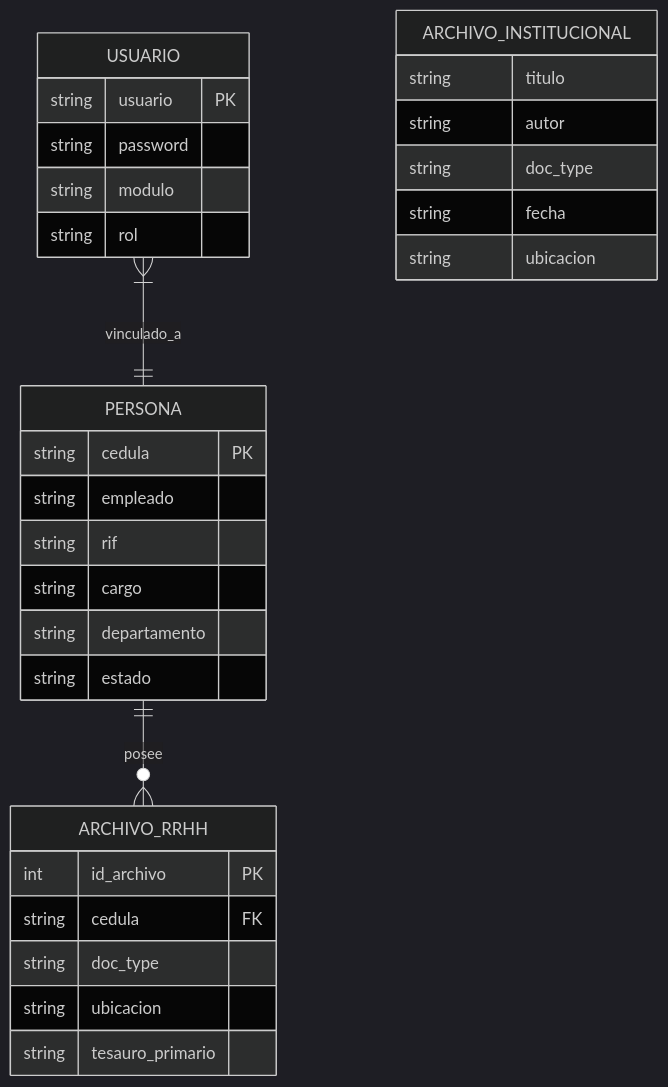
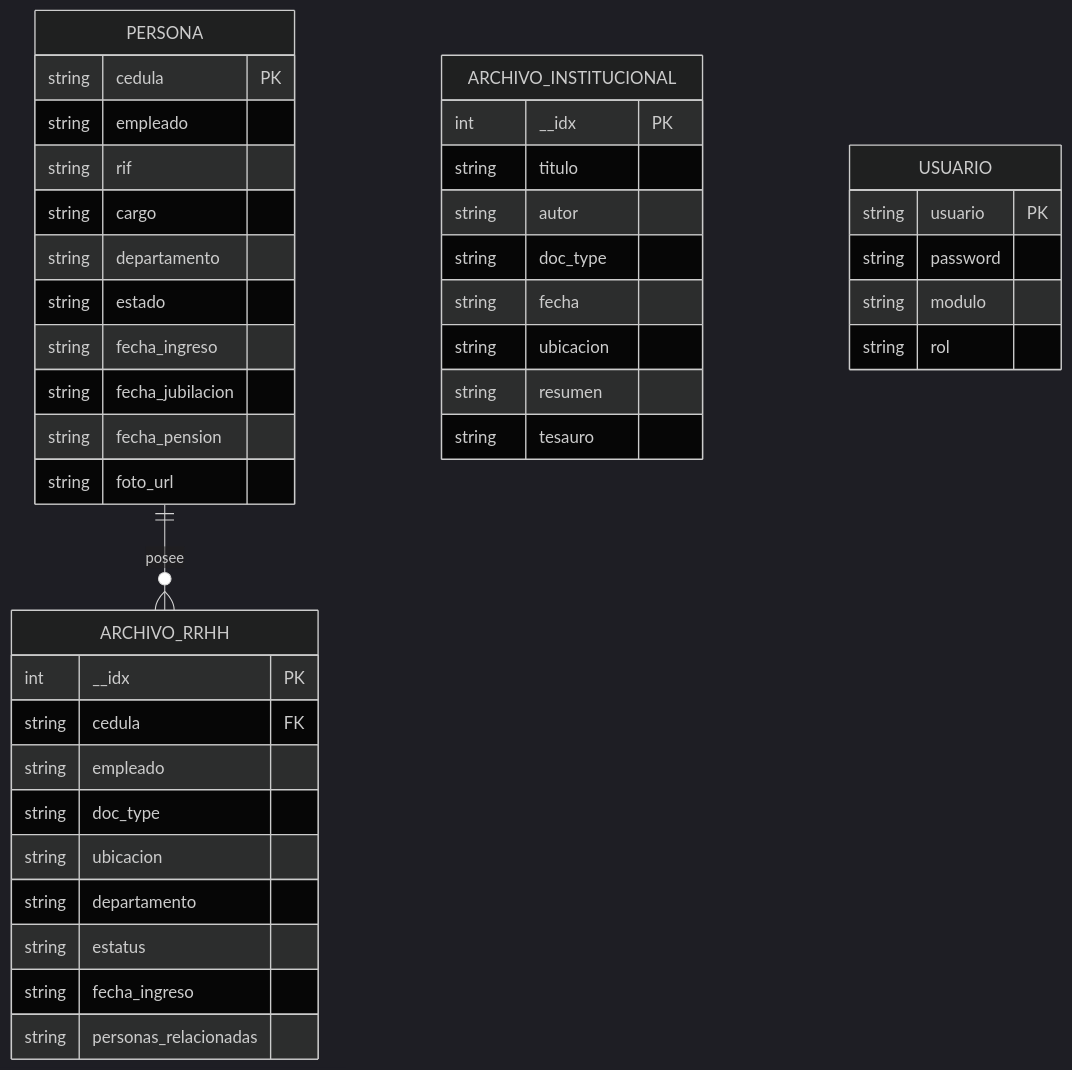
One commit to luisdavidcolina/ciencias-ucv-digital-archive changed the third of 3 diagrams in README.md. Above: the diagram before and after it, drawn with Mermaid (dark theme). The commit also changed other lines of this file and 12 other files, not shown here.

````diff
--- a/README.md
+++ b/README.md
@@ -163,37 +284,47 @@
 ```mermaid
 erDiagram
     PERSONA ||--o{ ARCHIVO_RRHH : "posee"
-    USUARIO }|--|| PERSONA : "vinculado_a"
-    
+
     PERSONA {
         string cedula PK
         string empleado
         string rif
         string cargo
         string departamento
         string estado
+        string fecha_ingreso
+        string fecha_jubilacion
+        string fecha_pension
+        string foto_url
     }
-    
+
     ARCHIVO_RRHH {
-        int id_archivo PK
+        int __idx PK
         string cedula FK
+        string empleado
         string doc_type
         string ubicacion
-        string tesauro_primario
+        string departamento
+        string estatus
+        string fecha_ingreso
+        string personas_relacionadas
     }
-    
+
     ARCHIVO_INSTITUCIONAL {
+        int __idx PK
         string titulo
         string autor
         string doc_type
         string fecha
         string ubicacion
+        string resumen
+        string tesauro
     }
-    
+
     USUARIO {
         string usuario PK
         string password
         string modulo
         string rol
     }
 ```
````
